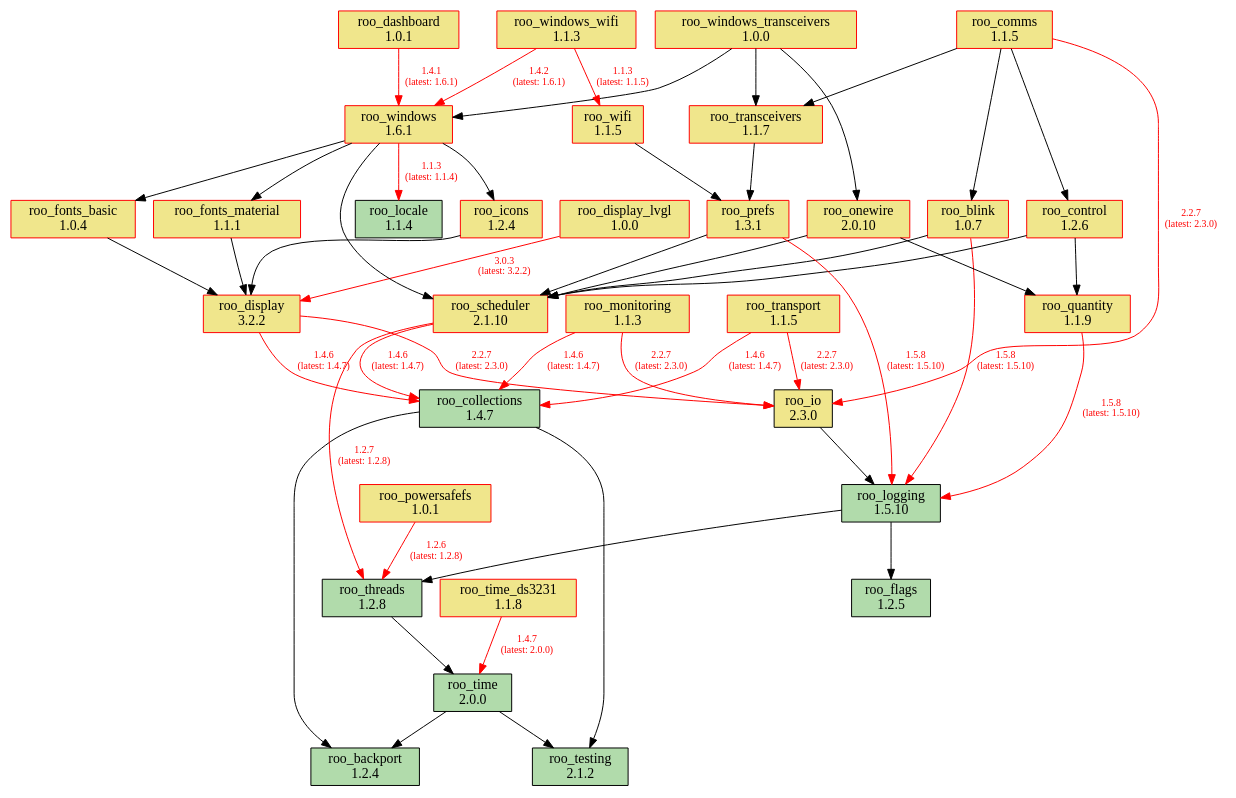
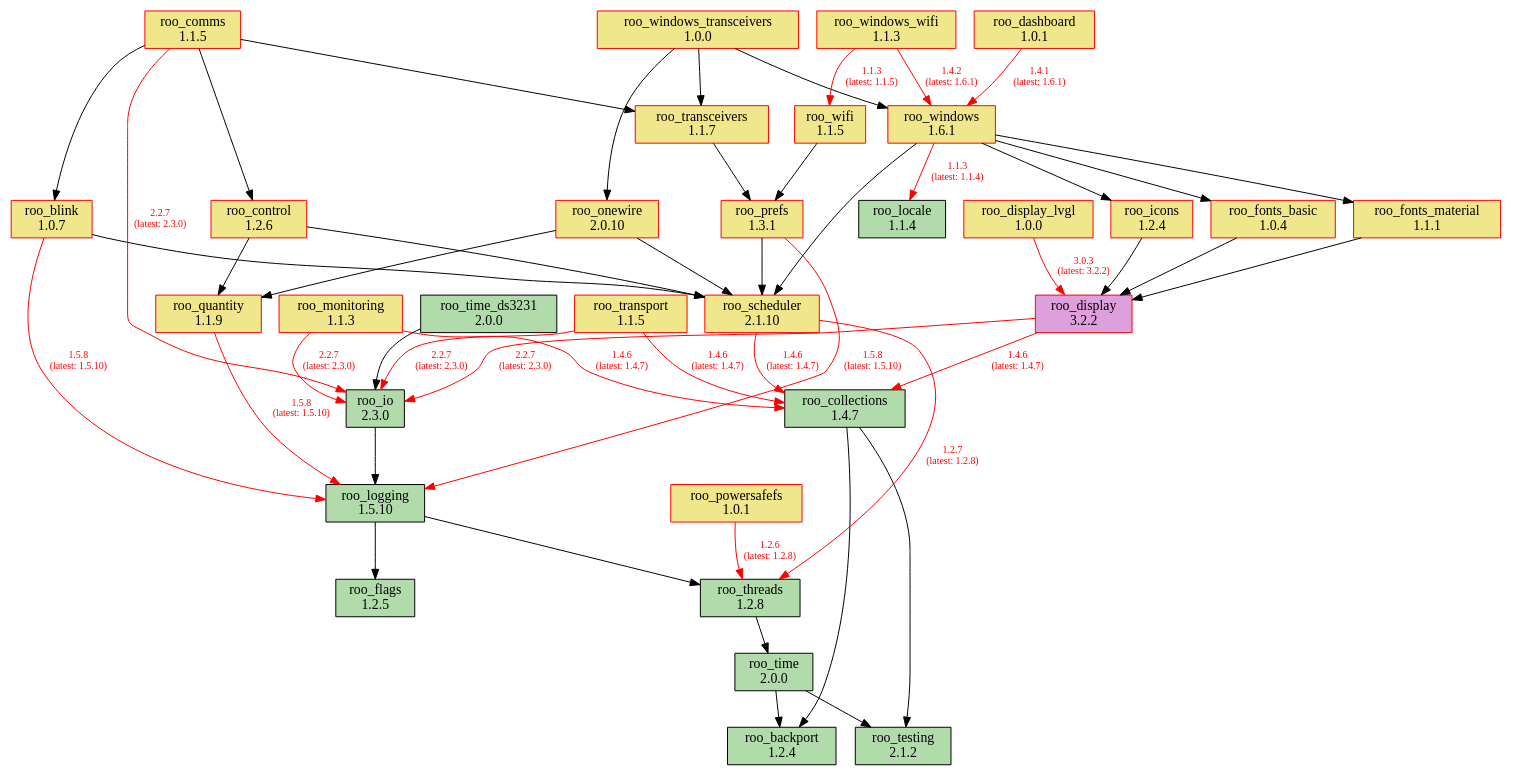
Before and after one commit to dejwk/roo-registry: the diagram in doc/dependencies.dot, drawn with Graphviz. The commit also changed 3 other files, not shown here.

Commit message:
Added roo_time_ds3231 2.0.0 to the registry.

```diff
--- a/doc/dependencies.dot
+++ b/doc/dependencies.dot
@@ -1,88 +1,88 @@
 digraph dependencies {
     rankdir=TB;
     node [shape=box, style=filled];
     edge [fontsize=10];
 
     // Modules
     "roo_backport" [label="roo_backport\n1.2.4", fillcolor="#b1dbab", color="black"];
     "roo_blink" [label="roo_blink\n1.0.7", fillcolor="khaki", color="red"];
     "roo_collections" [label="roo_collections\n1.4.7", fillcolor="#b1dbab", color="black"];
     "roo_comms" [label="roo_comms\n1.1.5", fillcolor="khaki", color="red"];
     "roo_control" [label="roo_control\n1.2.6", fillcolor="khaki", color="red"];
     "roo_dashboard" [label="roo_dashboard\n1.0.1", fillcolor="khaki", color="red"];
-    "roo_display" [label="roo_display\n3.2.2", fillcolor="khaki", color="red"];
+    "roo_display" [label="roo_display\n3.2.2", fillcolor="plum", color="red"];
     "roo_display_lvgl" [label="roo_display_lvgl\n1.0.0", fillcolor="khaki", color="red"];
     "roo_flags" [label="roo_flags\n1.2.5", fillcolor="#b1dbab", color="black"];
     "roo_fonts_basic" [label="roo_fonts_basic\n1.0.4", fillcolor="khaki", color="red"];
     "roo_fonts_material" [label="roo_fonts_material\n1.1.1", fillcolor="khaki", color="red"];
     "roo_icons" [label="roo_icons\n1.2.4", fillcolor="khaki", color="red"];
-    "roo_io" [label="roo_io\n2.3.0", fillcolor="khaki", color="black"];
+    "roo_io" [label="roo_io\n2.3.0", fillcolor="#b1dbab", color="black"];
     "roo_locale" [label="roo_locale\n1.1.4", fillcolor="#b1dbab", color="black"];
     "roo_logging" [label="roo_logging\n1.5.10", fillcolor="#b1dbab", color="black"];
     "roo_monitoring" [label="roo_monitoring\n1.1.3", fillcolor="khaki", color="red"];
     "roo_onewire" [label="roo_onewire\n2.0.10", fillcolor="khaki", color="red"];
     "roo_powersafefs" [label="roo_powersafefs\n1.0.1", fillcolor="khaki", color="red"];
     "roo_prefs" [label="roo_prefs\n1.3.1", fillcolor="khaki", color="red"];
     "roo_quantity" [label="roo_quantity\n1.1.9", fillcolor="khaki", color="red"];
     "roo_scheduler" [label="roo_scheduler\n2.1.10", fillcolor="khaki", color="red"];
     "roo_testing" [label="roo_testing\n2.1.2", fillcolor="#b1dbab", color="black"];
     "roo_threads" [label="roo_threads\n1.2.8", fillcolor="#b1dbab", color="black"];
     "roo_time" [label="roo_time\n2.0.0", fillcolor="#b1dbab", color="black"];
-    "roo_time_ds3231" [label="roo_time_ds3231\n1.1.8", fillcolor="khaki", color="red"];
+    "roo_time_ds3231" [label="roo_time_ds3231\n2.0.0", fillcolor="#b1dbab", color="black"];
     "roo_transceivers" [label="roo_transceivers\n1.1.7", fillcolor="khaki", color="red"];
     "roo_transport" [label="roo_transport\n1.1.5", fillcolor="khaki", color="red"];
     "roo_wifi" [label="roo_wifi\n1.1.5", fillcolor="khaki", color="red"];
     "roo_windows" [label="roo_windows\n1.6.1", fillcolor="khaki", color="red"];
     "roo_windows_transceivers" [label="roo_windows_transceivers\n1.0.0", fillcolor="khaki", color="red"];
     "roo_windows_wifi" [label="roo_windows_wifi\n1.1.3", fillcolor="khaki", color="red"];
 
     // Dependencies
     "roo_blink" -> "roo_logging" [color=red, fontcolor=red, label="1.5.8\n(latest: 1.5.10)"];
     "roo_blink" -> "roo_scheduler";
     "roo_collections" -> "roo_testing";
     "roo_collections" -> "roo_backport";
     "roo_comms" -> "roo_blink";
     "roo_comms" -> "roo_control";
     "roo_comms" -> "roo_io" [color=red, fontcolor=red, label="2.2.7\n(latest: 2.3.0)"];
     "roo_comms" -> "roo_transceivers";
     "roo_control" -> "roo_quantity";
     "roo_control" -> "roo_scheduler";
     "roo_dashboard" -> "roo_windows" [color=red, fontcolor=red, label="1.4.1\n(latest: 1.6.1)"];
     "roo_display" -> "roo_collections" [color=red, fontcolor=red, label="1.4.6\n(latest: 1.4.7)"];
     "roo_display" -> "roo_io" [color=red, fontcolor=red, label="2.2.7\n(latest: 2.3.0)"];
     "roo_display_lvgl" -> "roo_display" [color=red, fontcolor=red, label="3.0.3\n(latest: 3.2.2)"];
     "roo_fonts_basic" -> "roo_display";
     "roo_fonts_material" -> "roo_display";
     "roo_icons" -> "roo_display";
     "roo_io" -> "roo_logging";
     "roo_logging" -> "roo_flags";
     "roo_logging" -> "roo_threads";
     "roo_monitoring" -> "roo_collections" [color=red, fontcolor=red, label="1.4.6\n(latest: 1.4.7)"];
     "roo_monitoring" -> "roo_io" [color=red, fontcolor=red, label="2.2.7\n(latest: 2.3.0)"];
     "roo_onewire" -> "roo_scheduler";
     "roo_onewire" -> "roo_quantity";
     "roo_powersafefs" -> "roo_threads" [color=red, fontcolor=red, label="1.2.6\n(latest: 1.2.8)"];
     "roo_prefs" -> "roo_logging" [color=red, fontcolor=red, label="1.5.8\n(latest: 1.5.10)"];
     "roo_prefs" -> "roo_scheduler";
     "roo_quantity" -> "roo_logging" [color=red, fontcolor=red, label="1.5.8\n(latest: 1.5.10)"];
     "roo_scheduler" -> "roo_collections" [color=red, fontcolor=red, label="1.4.6\n(latest: 1.4.7)"];
     "roo_scheduler" -> "roo_threads" [color=red, fontcolor=red, label="1.2.7\n(latest: 1.2.8)"];
     "roo_threads" -> "roo_time";
     "roo_time" -> "roo_testing";
     "roo_time" -> "roo_backport";
-    "roo_time_ds3231" -> "roo_time" [color=red, fontcolor=red, label="1.4.7\n(latest: 2.0.0)"];
+    "roo_time_ds3231" -> "roo_io";
     "roo_transceivers" -> "roo_prefs";
     "roo_transport" -> "roo_collections" [color=red, fontcolor=red, label="1.4.6\n(latest: 1.4.7)"];
     "roo_transport" -> "roo_io" [color=red, fontcolor=red, label="2.2.7\n(latest: 2.3.0)"];
     "roo_wifi" -> "roo_prefs";
     "roo_windows" -> "roo_fonts_basic";
     "roo_windows" -> "roo_fonts_material";
     "roo_windows" -> "roo_locale" [color=red, fontcolor=red, label="1.1.3\n(latest: 1.1.4)"];
     "roo_windows" -> "roo_icons";
     "roo_windows" -> "roo_scheduler";
     "roo_windows_transceivers" -> "roo_onewire";
     "roo_windows_transceivers" -> "roo_transceivers";
     "roo_windows_transceivers" -> "roo_windows";
     "roo_windows_wifi" -> "roo_wifi" [color=red, fontcolor=red, label="1.1.3\n(latest: 1.1.5)"];
     "roo_windows_wifi" -> "roo_windows" [color=red, fontcolor=red, label="1.4.2\n(latest: 1.6.1)"];
 }
```
